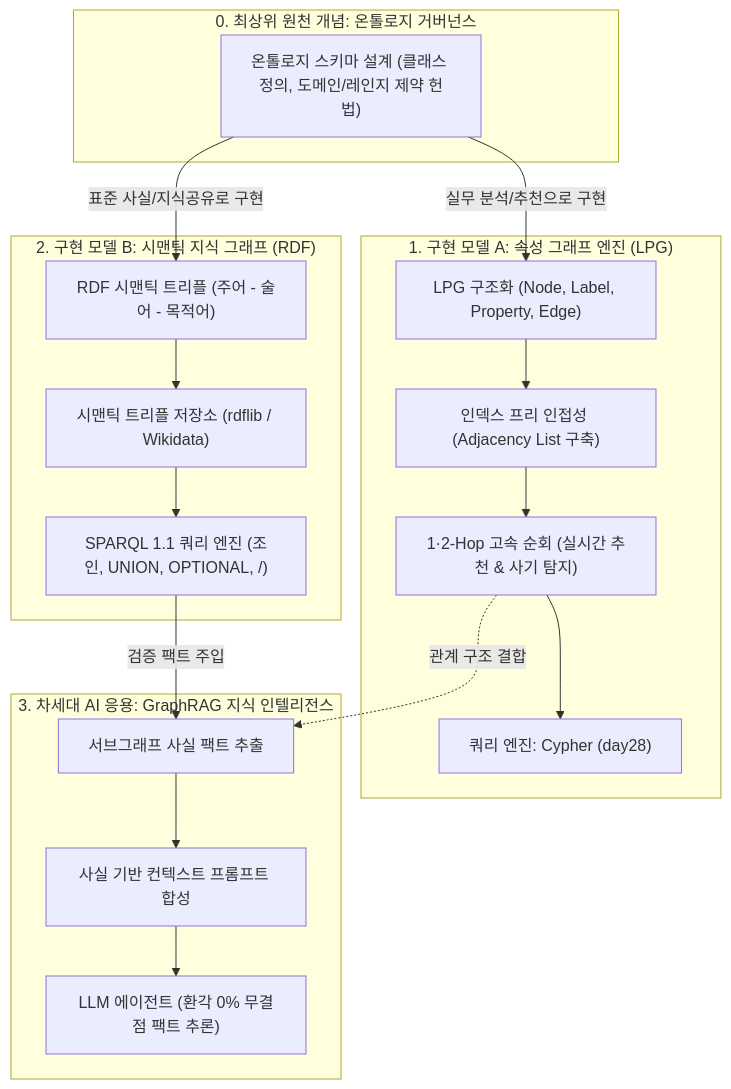
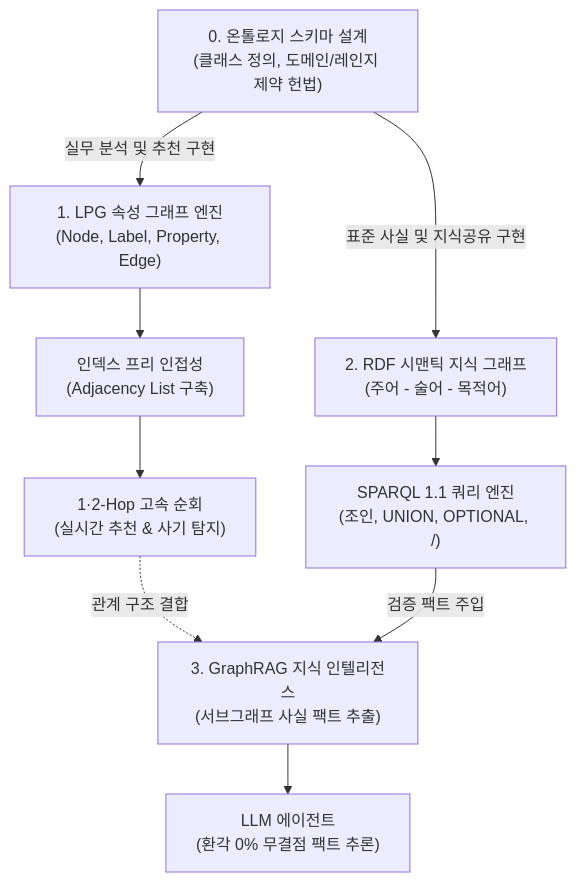
Before and after one commit to mycar4/enkoa-practice-knowledge-graph: the first of 6 diagrams in 내작업폴더/day27_그래프DB_개념_지식그래프/00_그래프DB_지식그래프_마스터_아키텍처_보고서.md, drawn with Mermaid. The commit also changed other lines of this file and 1 other file, not shown here.

Commit message:
fix: Big Picture 전 단계 Mermaid 문법 표준화 및 텍스트 조감도 듀얼 지원

````diff
--- a/내작업폴더/day27_그래프DB_개념_지식그래프/00_그래프DB_지식그래프_마스터_아키텍처_보고서.md
+++ b/내작업폴더/day27_그래프DB_개념_지식그래프/00_그래프DB_지식그래프_마스터_아키텍처_보고서.md
@@ -9,33 +9,24 @@
 ```mermaid
 flowchart TD
-    subgraph S0["0. 최상위 원천 개념: 온톨로지 거버넌스"]
-        ROOT["온톨로지 스키마 설계 (클래스 정의, 도메인/레인지 제약 헌법)"]
-    end
+    ROOT["0. 온톨로지 스키마 설계\n(클래스 정의, 도메인/레인지 제약 헌법)"]
+    
+    LPG["1. LPG 속성 그래프 엔진\n(Node, Label, Property, Edge)"]
+    ADJ["인덱스 프리 인접성\n(Adjacency List 구축)"]
+    TRAV["1·2-Hop 고속 순회\n(실시간 추천 & 사기 탐지)"]
+    
+    TRIPLE["2. RDF 시맨틱 지식 그래프\n(주어 - 술어 - 목적어)"]
+    SPARQL["SPARQL 1.1 쿼리 엔진\n(조인, UNION, OPTIONAL, /)"]
+    
+    EXTRACT["3. GraphRAG 지식 인텔리전스\n(서브그래프 사실 팩트 추출)"]
+    LLM["LLM 에이전트\n(환각 0% 무결점 팩트 추론)"]
 
-    subgraph S1["1. 구현 모델 A: 속성 그래프 엔진 (LPG)"]
-        LPG["LPG 구조화 (Node, Label, Property, Edge)"]
-        ADJ["인덱스 프리 인접성 (Adjacency List 구축)"]
-        TRAV["1·2-Hop 고속 순회 (실시간 추천 & 사기 탐지)"]
-        CYPHER["쿼리 엔진: Cypher (day28)"]
-        LPG --> ADJ --> TRAV --> CYPHER
-    end
-
-    subgraph S2["2. 구현 모델 B: 시맨틱 지식 그래프 (RDF)"]
-        TRIPLE["RDF 시맨틱 트리플 (주어 - 술어 - 목적어)"]
-        STORE["시맨틱 트리플 저장소 (rdflib / Wikidata)"]
-        SPARQL["SPARQL 1.1 쿼리 엔진 (조인, UNION, OPTIONAL, /)"]
-        TRIPLE --> STORE --> SPARQL
-    end
-
-    subgraph S3["3. 차세대 AI 응용: GraphRAG 지식 인텔리전스"]
-        EXTRACT["서브그래프 사실 팩트 추출"]
-        PROMPT["사실 기반 컨텍스트 프롬프트 합성"]
-        LLM["LLM 에이전트 (환각 0% 무결점 팩트 추론)"]
-        EXTRACT --> PROMPT --> LLM
-    end
-
-    ROOT -->|실무 분석/추천으로 구현| LPG
-    ROOT -->|표준 사실/지식공유로 구현| TRIPLE
+    ROOT -->|실무 분석 및 추천 구현| LPG
+    LPG --> ADJ --> TRAV
+    
+    ROOT -->|표준 사실 및 지식공유 구현| TRIPLE
+    TRIPLE --> SPARQL
+    
     TRAV -.->|관계 구조 결합| EXTRACT
     SPARQL -->|검증 팩트 주입| EXTRACT
+    EXTRACT --> LLM
 ```
````
